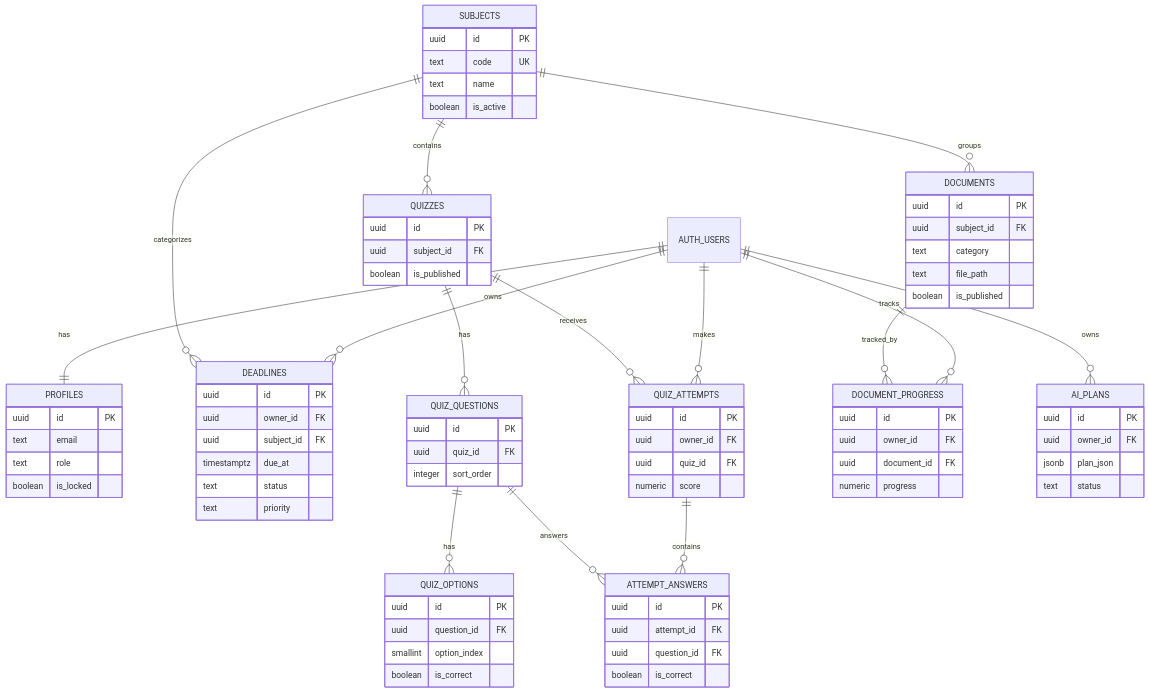
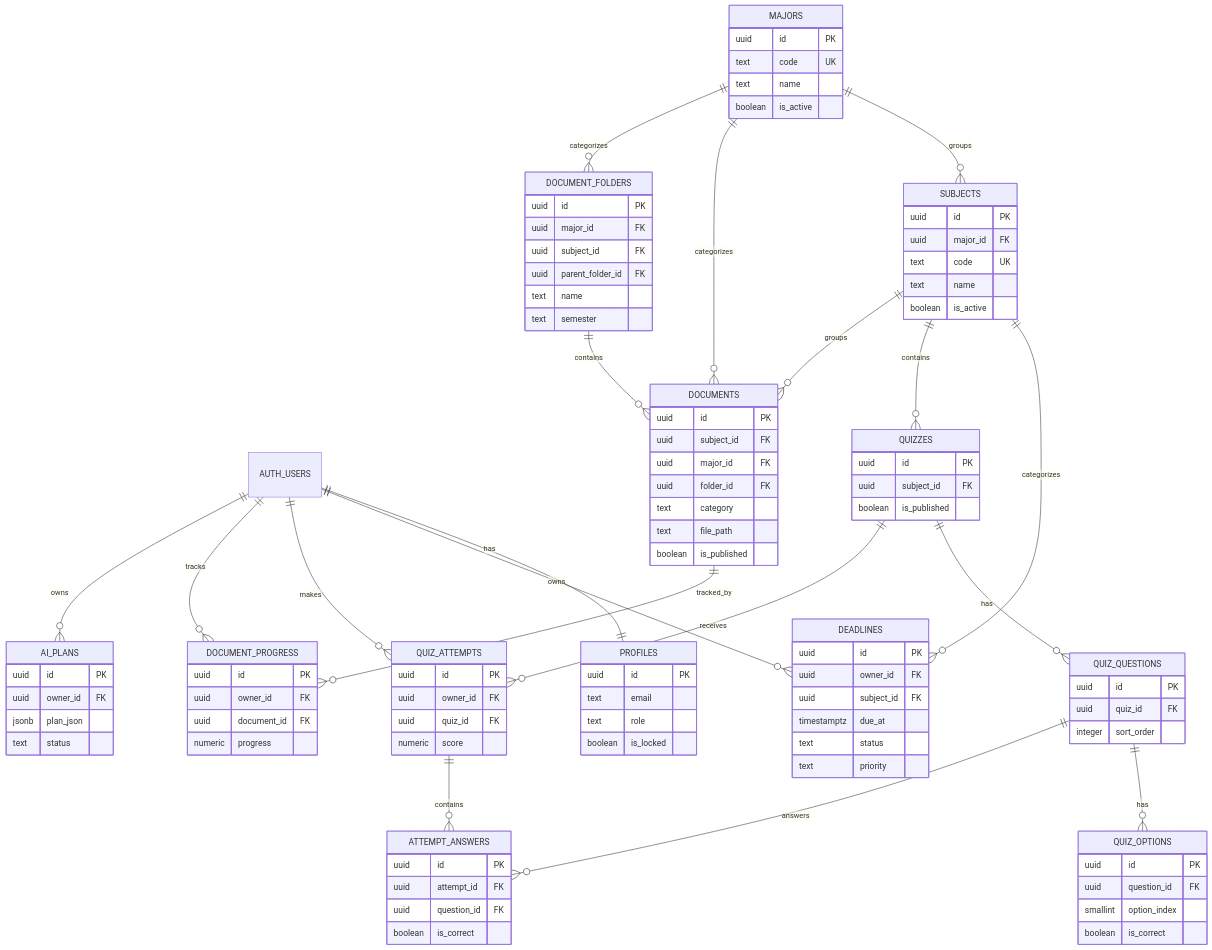
One commit to Rian-09/vstudy_app_vku changed the diagram in docs/database.md. Above: the diagram before and after it, drawn with Mermaid. The commit also changed other lines of this file and 60 other files, not shown here.

```diff
--- a/docs/database.md
+++ b/docs/database.md
@@ -19,6 +62,7 @@
   AUTH_USERS ||--|| PROFILES : has
   AUTH_USERS ||--o{ DEADLINES : owns
   SUBJECTS ||--o{ DEADLINES : categorizes
+  MAJORS ||--o{ SUBJECTS : groups
   SUBJECTS ||--o{ QUIZZES : contains
   QUIZZES ||--o{ QUIZ_QUESTIONS : has
   QUIZ_QUESTIONS ||--o{ QUIZ_OPTIONS : has
@@ -27,6 +71,9 @@
   QUIZ_ATTEMPTS ||--o{ ATTEMPT_ANSWERS : contains
   QUIZ_QUESTIONS ||--o{ ATTEMPT_ANSWERS : answers
   SUBJECTS ||--o{ DOCUMENTS : groups
+  MAJORS ||--o{ DOCUMENTS : categorizes
+  MAJORS ||--o{ DOCUMENT_FOLDERS : categorizes
+  DOCUMENT_FOLDERS ||--o{ DOCUMENTS : contains
   AUTH_USERS ||--o{ DOCUMENT_PROGRESS : tracks
   DOCUMENTS ||--o{ DOCUMENT_PROGRESS : tracked_by
   AUTH_USERS ||--o{ AI_PLANS : owns
@@ -38,6 +85,13 @@
     boolean is_locked
   }
   SUBJECTS {
+    uuid id PK
+    uuid major_id FK
+    text code UK
+    text name
+    boolean is_active
+  }
+  MAJORS {
     uuid id PK
     text code UK
     text name
@@ -82,9 +136,19 @@
   DOCUMENTS {
     uuid id PK
     uuid subject_id FK
+    uuid major_id FK
+    uuid folder_id FK
     text category
     text file_path
     boolean is_published
+  }
+  DOCUMENT_FOLDERS {
+    uuid id PK
+    uuid major_id FK
+    uuid subject_id FK
+    uuid parent_folder_id FK
+    text name
+    text semester
   }
   DOCUMENT_PROGRESS {
     uuid id PK
```
